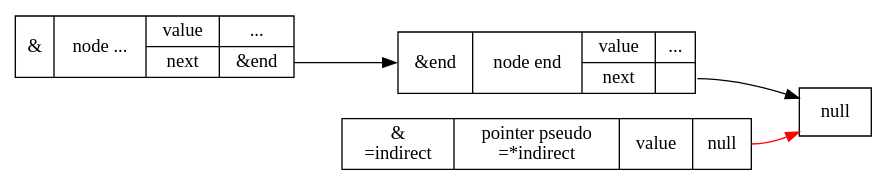
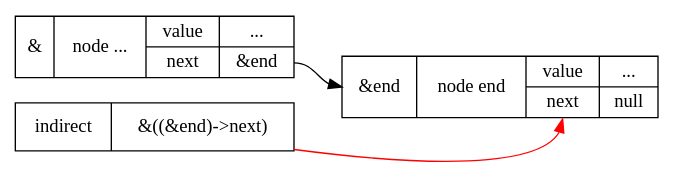
Before and after one commit to MingRuey/Guts_2020Fall: the fourth of 5 diagrams in Week1/2020q3.md, drawn with Graphviz. The commit also changed other lines of this file, not shown here.

Commit message:
Correct the interpretation of  **indirect

````diff
--- a/Week1/2020q3.md
+++ b/Week1/2020q3.md
@@ -66,13 +64,12 @@
 ```graphviz
 digraph endgame{
     rankdir=LR;
     node [shape=record];
     last [label="{<address>&|node ...|{value|next}|{...|<ref>&end}}"];
-    end [label="{<address>&end|node end|{value|next}|{...|<ref>}}"];
-    null [label="{null}"];
+    end [label="{<address>&end|node end|{value|<next>next}|{...|<ref>null}}"];
     last:ref -> end:address [color=black];
-    end:ref -> null:address [color=black];
-    p [label="{&\n=indirect|pointer pseudo\n=*indirect|{value}|<to>null}"];
-    p:to -> null [color=red];
+    
+    indirect [label="{indirect|&((&end)\-\>next)}"]
+    indirect -> end:next [color=red];
 }
 ```
````
